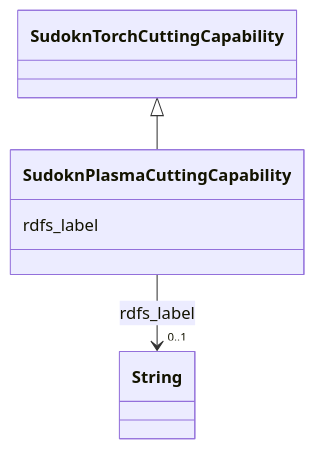
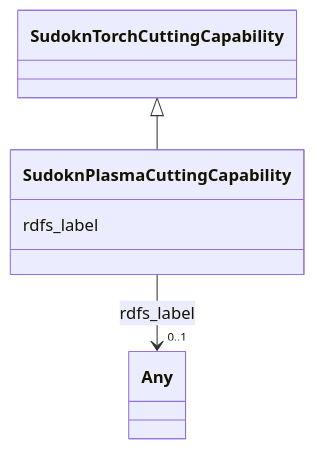
One commit to frink-okn/graph-descriptions changed the diagram in sudokn-kg/classes/SudoknPlasmaCuttingCapability.md. Above: the diagram before and after it, drawn with Mermaid. The commit also changed other lines of this file and 903 other files, not shown here.

````diff
--- a/sudokn-kg/classes/SudoknPlasmaCuttingCapability.md
+++ b/sudokn-kg/classes/SudoknPlasmaCuttingCapability.md
@@ -23,18 +18,18 @@
 ```mermaid
  classDiagram
     class SudoknPlasmaCuttingCapability
     click SudoknPlasmaCuttingCapability href "../SudoknPlasmaCuttingCapability"
       SudoknTorchCuttingCapability <|-- SudoknPlasmaCuttingCapability
         click SudoknTorchCuttingCapability href "../SudoknTorchCuttingCapability"
       
       SudoknPlasmaCuttingCapability : rdfs_label
         
           
     
     
-    SudoknPlasmaCuttingCapability --> "0..1" String : rdfs_label
-    click String href "../String"
+    SudoknPlasmaCuttingCapability --> "0..1" Any : rdfs_label
+    click Any href "../Any"
 
         
       
 ```
````
